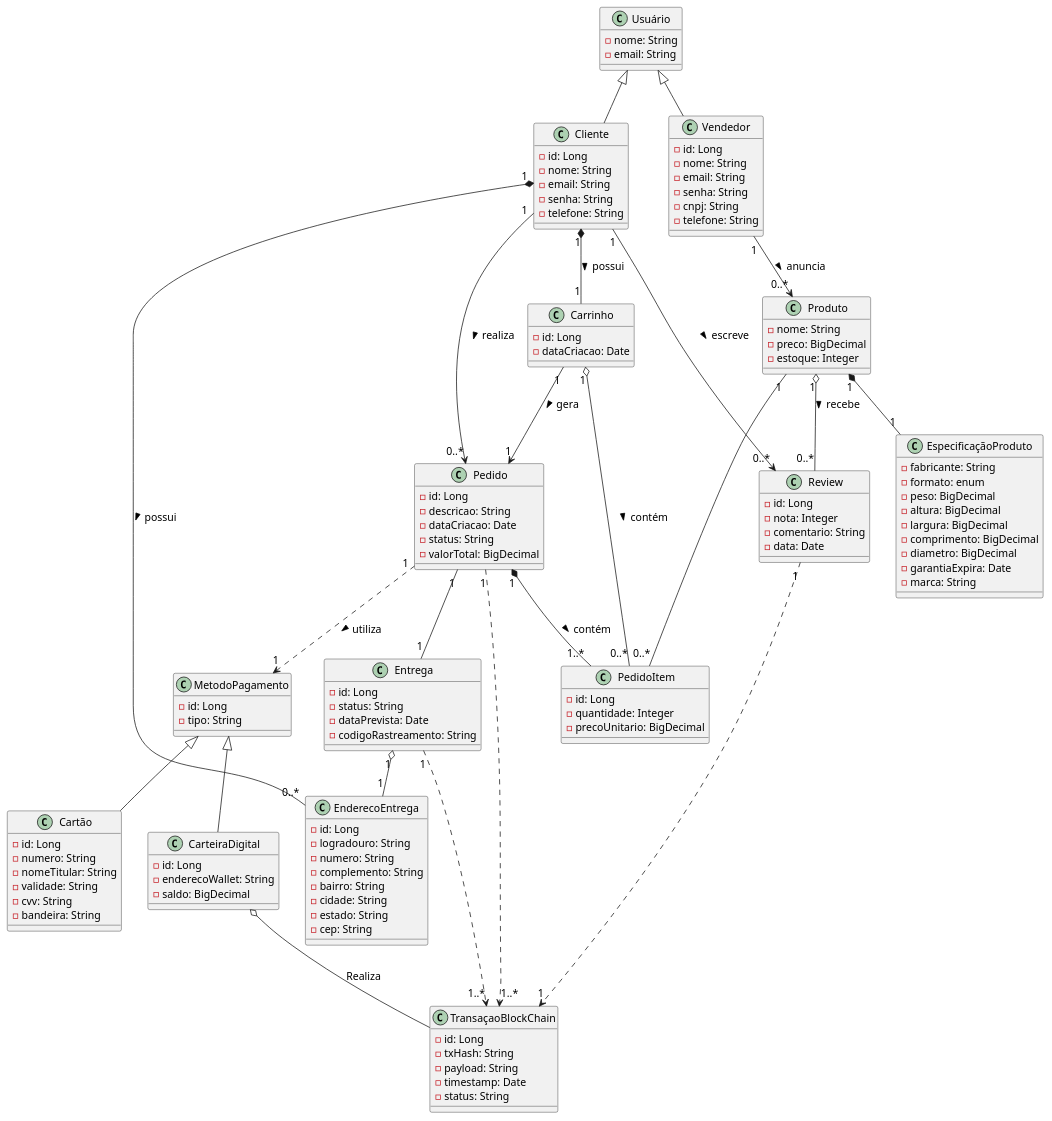
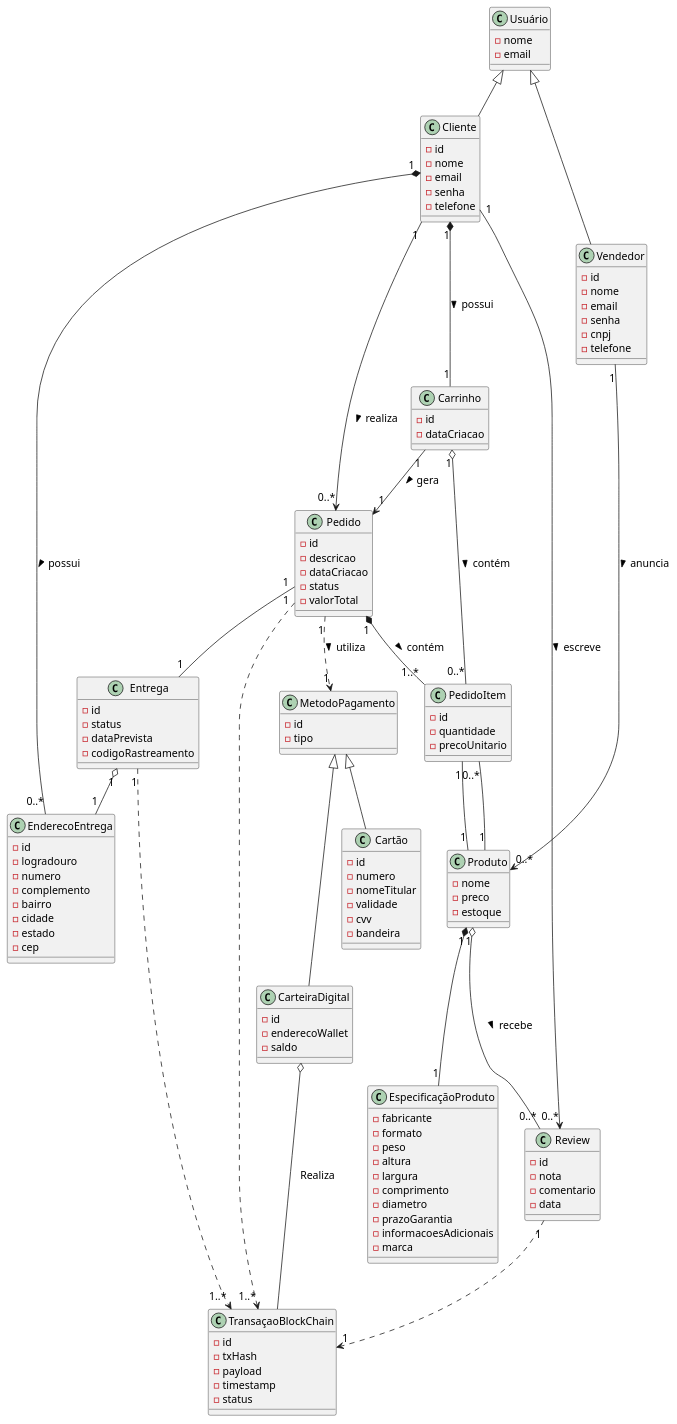
One commit to gilmarUFG/rs_es_20251_g4 changed the diagram in trabalho_final/modelos_uml/diagrama_de_classes.plantuml. Above: the diagram before and after it, drawn with PlantUML.

Commit message:
Removendo os tipos primitivos

```diff
--- a/trabalho_final/modelos_uml/diagrama_de_classes.plantuml
+++ b/trabalho_final/modelos_uml/diagrama_de_classes.plantuml
@@ -1,145 +1,147 @@
 @startuml ChainBuy
 top to bottom direction
 
 skinparam defaultFontName "Arial"
 skinparam defaultFontSize 14
 ' Classes base
 class Usuário {
-    -nome: String
-    -email: String
+    -nome
+    -email
 }
 
 class Produto {
-    -nome: String    
-    -preco: BigDecimal
-    -estoque: Integer
+    -nome   
+    -preco
+    -estoque
 }
 
 class EspecificaçãoProduto {
-    -fabricante: String
-    -formato: enum
-    -peso: BigDecimal
-    -altura: BigDecimal
-    -largura: BigDecimal
-    -comprimento: BigDecimal
-    -diametro: BigDecimal
-    -garantiaExpira: Date
-    -marca: String
+    -fabricante
+    -formato
+    -peso
+    -altura
+    -largura
+    -comprimento
+    -diametro
+    -prazoGarantia
+    -informacoesAdicionais
+    -marca
 }
 
 class Cliente {
-    -id: Long
-    -nome: String
-    -email: String
-    -senha: String
-    -telefone: String
+    -id
+    -nome
+    -email
+    -senha
+    -telefone
 }
 
 class EnderecoEntrega {
-    -id: Long
-    -logradouro: String
-    -numero: String
-    -complemento: String
-    -bairro: String
-    -cidade: String
-    -estado: String
-    -cep: String
+    -id
+    -logradouro
+    -numero
+    -complemento
+    -bairro
+    -cidade
+    -estado
+    -cep
 }
 
 class Vendedor {
-    -id: Long
-    -nome: String
-    -email: String
-    -senha: String
-    -cnpj: String
-    -telefone: String
+    -id
+    -nome
+    -email
+    -senha
+    -cnpj
+    -telefone
 }
 
 class Pedido {
-    -id: Long
-    -descricao: String
-    -dataCriacao: Date
-    -status: String
-    -valorTotal: BigDecimal
+    -id
+    -descricao
+    -dataCriacao
+    -status
+    -valorTotal
 }
 
 class PedidoItem {
-    -id: Long
-    -quantidade: Integer
-    -precoUnitario: BigDecimal
+    -id
+    -quantidade
+    -precoUnitario
 }
 
 class MetodoPagamento {
-    -id: Long
-    -tipo: String
+    -id
+    -tipo
 }
 
 class Carrinho {
-    -id: Long
-    -dataCriacao: Date
+    -id
+    -dataCriacao
 }
 
 class CarteiraDigital {
-    -id: Long
-    -enderecoWallet: String
-    -saldo: BigDecimal
+    -id
+    -enderecoWallet
+    -saldo
 }
 
 class Cartão {
-    -id: Long
-    -numero: String
-    -nomeTitular: String
-    -validade: String
-    -cvv: String
-    -bandeira: String
+    -id
+    -numero
+    -nomeTitular
+    -validade
+    -cvv
+    -bandeira
 }
 
 class Entrega {
-    -id: Long
-    -status: String
-    -dataPrevista: Date
-    -codigoRastreamento: String
+    -id
+    -status
+    -dataPrevista
+    -codigoRastreamento
 }
 
 class Review {
-    -id: Long
-    -nota: Integer
-    -comentario: String
-    -data: Date
+    -id
+    -nota
+    -comentario
+    -data
 }
 
 class TransaçaoBlockChain {
-    -id: Long
-    -txHash: String
-    -payload: String
-    -timestamp: Date
-    -status: String
+    -id
+    -txHash
+    -payload
+    -timestamp
+    -status
 }
 
 MetodoPagamento <|-- Cartão
 MetodoPagamento <|-- CarteiraDigital
 Usuário <|-- Cliente
 Usuário <|-- Vendedor
 
 Vendedor "1" --> "0..*" Produto : anuncia >
 Cliente "1" --> "0..*" Pedido : realiza >
+PedidoItem "1" -- "1" Produto
 Produto "1" -- "0..*" PedidoItem
 Carrinho "1" --> "1" Pedido : gera >
 Cliente "1" --> "0..*" Review : escreve >
 Pedido "1" -- "1" Entrega
 
 Produto "1" o-- "0..*" Review : recebe >
 Carrinho "1" o-- "0..*" PedidoItem : contém >
 CarteiraDigital o-- TransaçaoBlockChain : Realiza
 Entrega "1" o-- "1" EnderecoEntrega
 
 Entrega "1" ..> "1..*" TransaçaoBlockChain
 Pedido "1" ..> "1" MetodoPagamento : utiliza >
 Pedido "1" ..> "1..*" TransaçaoBlockChain
 Review "1" ..> "1" TransaçaoBlockChain
 
 Cliente "1" *-- "0..*" EnderecoEntrega : possui >
 Cliente "1" *-- "1" Carrinho : possui >
 Produto "1" *-- "1" EspecificaçãoProduto
 Pedido "1" *-- "1..*" PedidoItem: contém >
 @enduml
```
